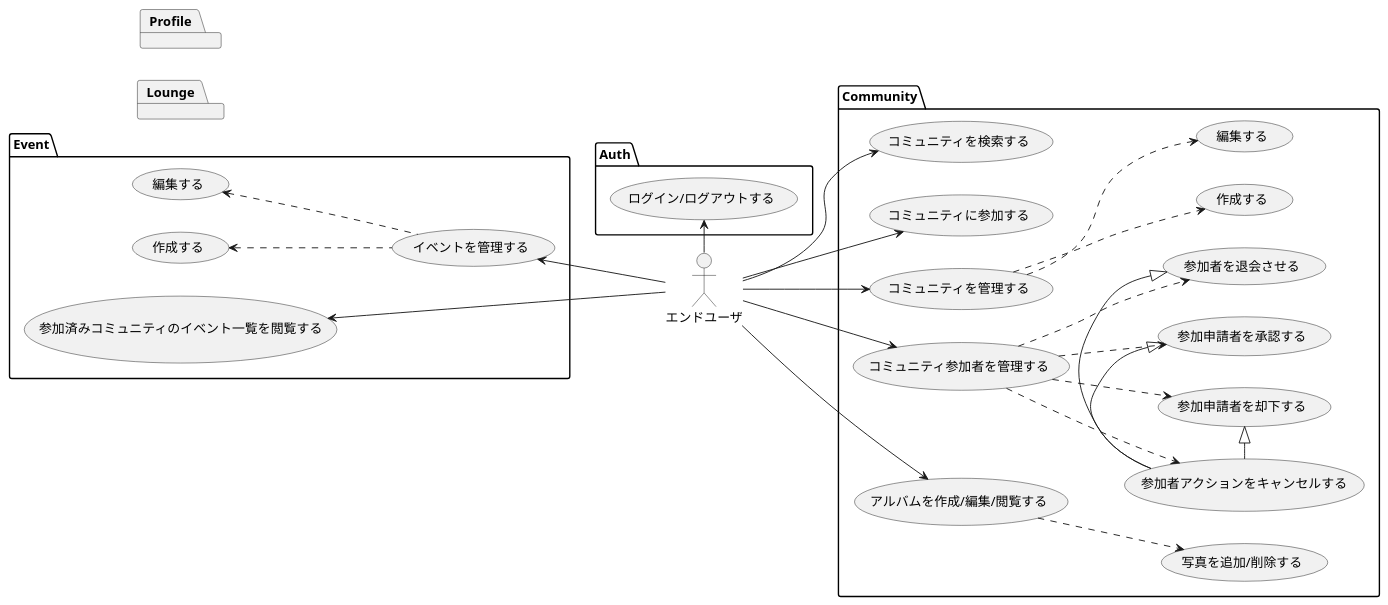
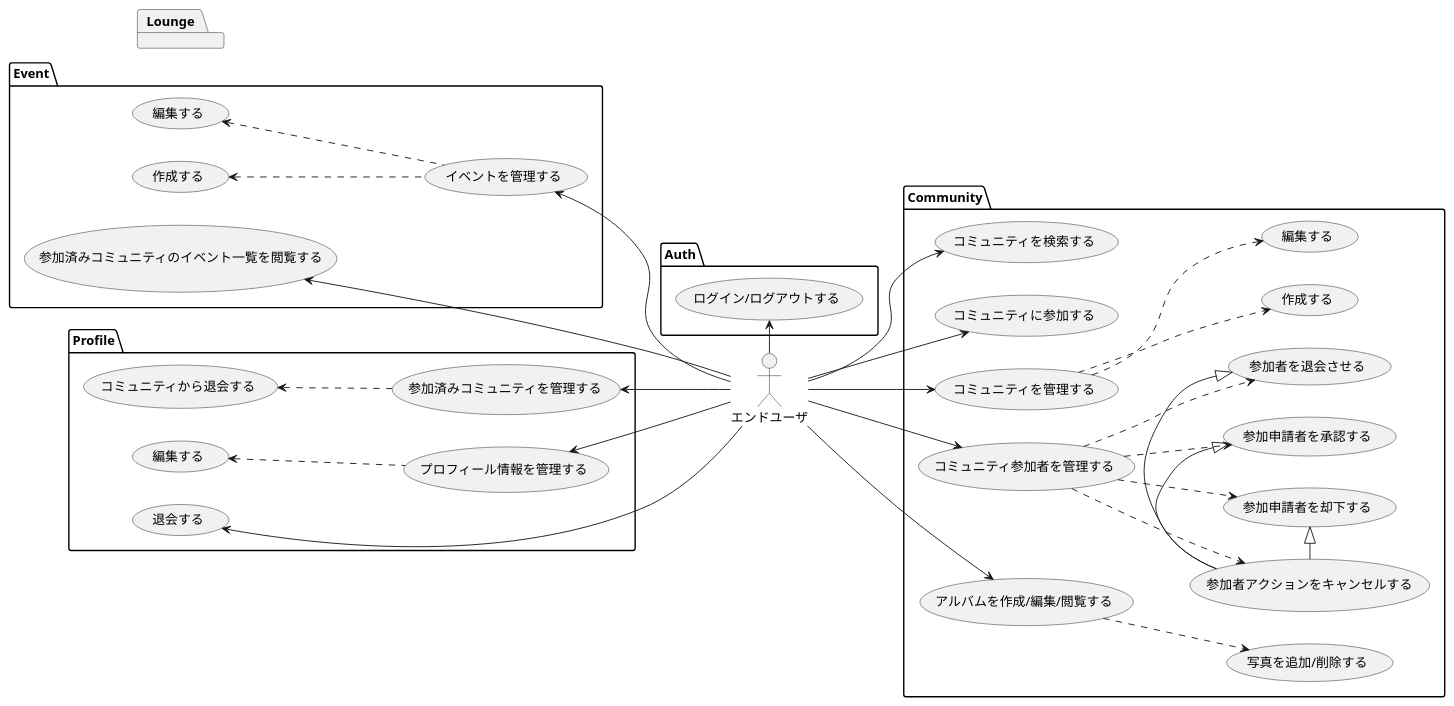
Before and after one commit to co-in-house/doc-spec: the diagram in doc/ux/usercase.pu, drawn with PlantUML. The commit also changed 4 other files, not shown here.

```diff
--- a/doc/ux/usercase.pu
+++ b/doc/ux/usercase.pu
@@ -1,69 +1,81 @@
-@startuml アプリ内ユースケース図
-' 画面別ユースケース定義. modalは考慮しない
+@startuml usecase
 
 ' User -up- (上)
 ' User -do- (下)
 ' User -le- (左) 
 ' User -ri- (右
 
 left to right direction
 actor エンドユーザ as user
 
 package "Auth" {
   usecase "ログイン/ログアウトする" as uc001
 }
 user -> uc001
 
 package "Community" {
   usecase "コミュニティを検索する" as uc101
   usecase "コミュニティに参加する" as uc102
   usecase "コミュニティを管理する" as uc103
     usecase "作成する" as uc103.1
     usecase "編集する" as uc103.2
   usecase "コミュニティ参加者を管理する" as uc104
     usecase "参加者を退会させる" as uc104.1
     usecase "参加申請者を承認する" as uc104.2
     usecase "参加申請者を却下する" as uc104.3
     usecase "参加者アクションをキャンセルする" as uc104.4
   usecase "アルバムを作成/編集/閲覧する" as uc105
   usecase "写真を追加/削除する" as uc106
 }
 
 user --> uc101
 user --> uc102
 user --> uc103
     uc103 -.> uc103.1
     uc103 -.> uc103.2
 user --> uc104
     uc104 -.> uc104.1
     uc104 -.> uc104.2
     uc104 -.> uc104.3
     uc104 -.> uc104.4
     uc104.4 -|> uc104.1
     uc104.4 -|> uc104.2
     uc104.4 -|> uc104.3
 user --> uc105
 uc105 -.> uc106
 
+
 package "Event" {
   usecase "参加済みコミュニティのイベント一覧を閲覧する" as uc201
   usecase "イベントを管理する" as uc202
     usecase "作成する" as uc202.1
     usecase "編集する" as uc202.2
 }
 
 uc201 <-- user
 uc202 <-- user 
     uc202 -up.> uc202.1
     uc202 -up.> uc202.2
 
+
+
+package "Profile" {
+    usecase "プロフィール情報を管理する" as uc301
+        usecase "編集する" as uc301.1
+    usecase "参加済みコミュニティを管理する" as uc302
+        usecase "コミュニティから退会する" as uc302.1
+    usecase "退会する" as uc303
+}
+
+uc301 <-- user
+    uc301 -up.> uc301.1
+uc302 <-- user 
+    uc302 -up.> uc302.1
+uc303 <-- user 
+
+
 package "Lounge" {
     ' usecase 
 }
 
-package "Profile" {
-    ' usecase 
-}
-
-
 @enduml
```
